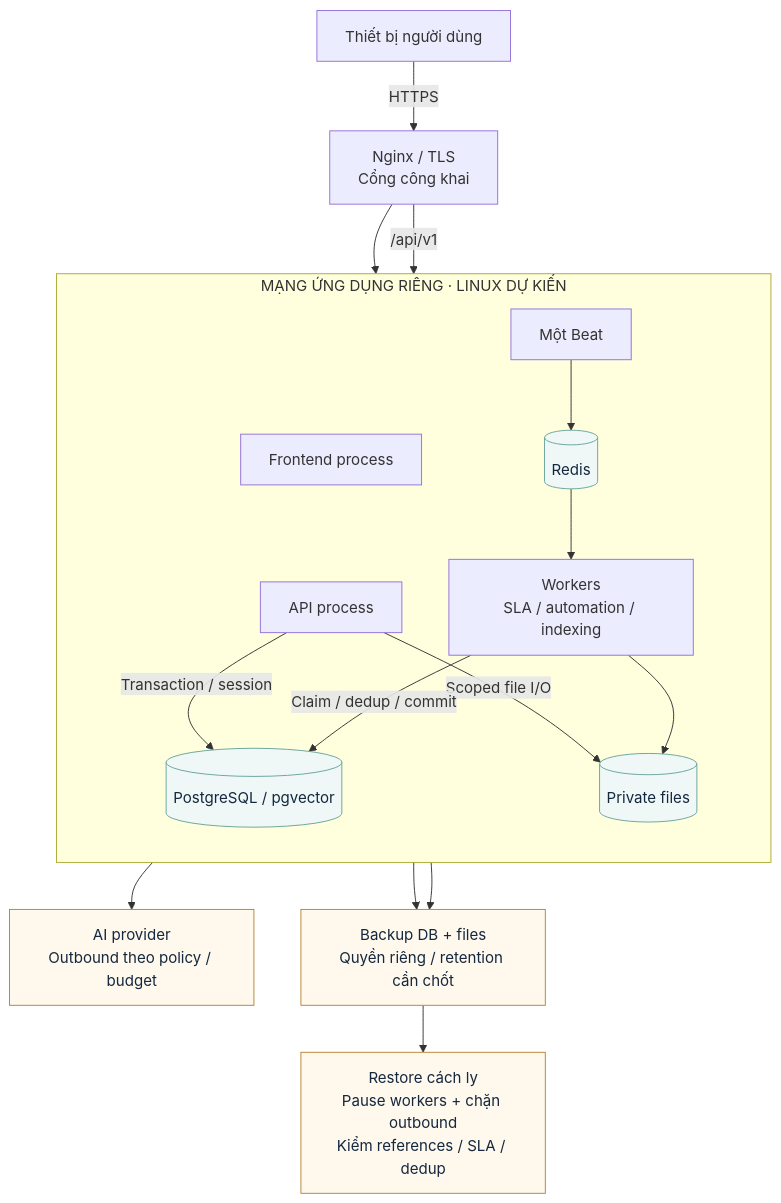
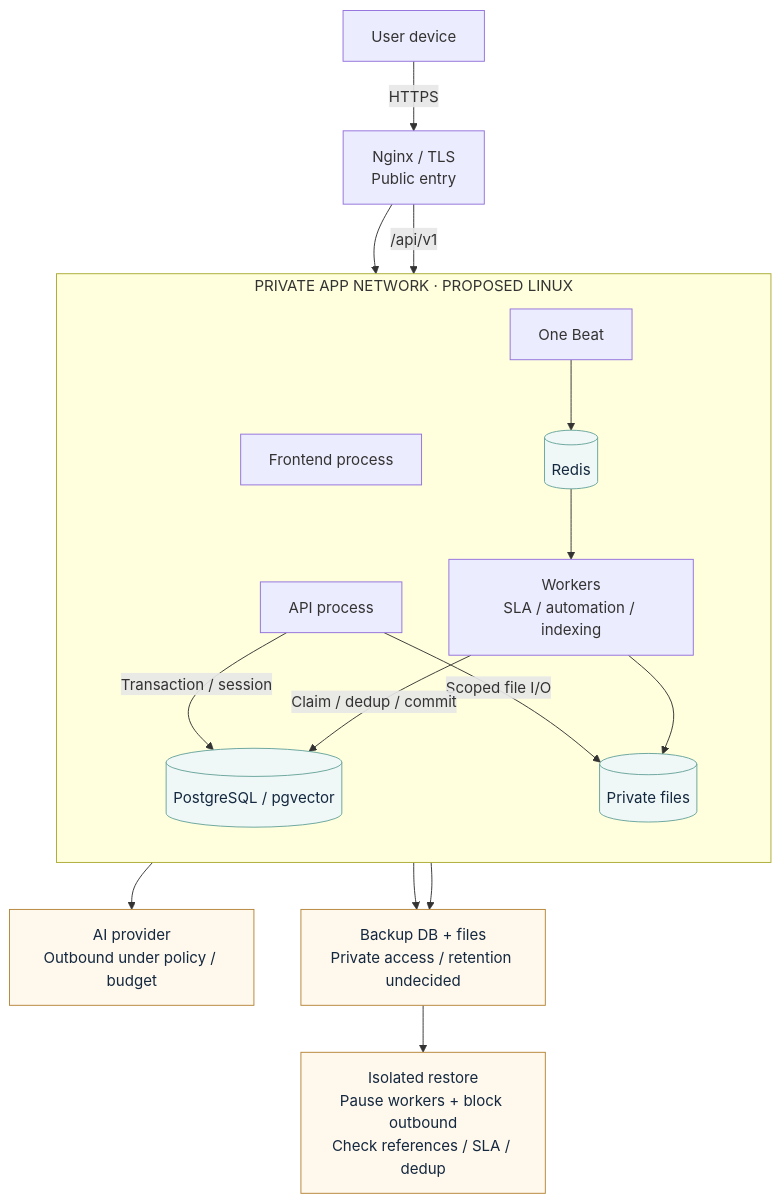
One commit to congminh1705/IT-Operation-Hub changed the fifth of 5 diagrams in docs/diagrams/architecture.md. Above: the diagram before and after it, drawn with Mermaid. The commit also changed other lines of this file and 70 other files, not shown here.

Commit message:
docs(diagrams): synchronize English SVG and native XMind designs

````diff
--- a/docs/diagrams/architecture.md
+++ b/docs/diagrams/architecture.md
@@ -192,36 +192,36 @@
 ```mermaid
 flowchart TB
-    USER["Thiết bị người dùng"]
-    EDGE["Nginx / TLS<br/>Cổng công khai"]
-    subgraph APP["MẠNG ỨNG DỤNG RIÊNG · LINUX DỰ KIẾN"]
+    USER["User device"]
+    EDGE["Nginx / TLS<br/>Public entry"]
+    subgraph APP["PRIVATE APP NETWORK · PROPOSED LINUX"]
         direction TB
         FE["Frontend process"]
         API["API process"]
         W["Workers<br/>SLA / automation / indexing"]
-        BEAT["Một Beat"]
+        BEAT["One Beat"]
         RED[("Redis")]
         PG[("PostgreSQL / pgvector")]
         STORE[("Private files")]
         FE ~~~ API
         API -->|"Transaction / session"| PG
         API -->|"Scoped file I/O"| STORE
         BEAT --> RED
         RED --> W
         W -->|"Claim / dedup / commit"| PG
         W --> STORE
     end
-    PROVIDER["AI provider<br/>Outbound theo policy / budget"]
-    BACKUP["Backup DB + files<br/>Quyền riêng / retention cần chốt"]
-    RESTORE["Restore cách ly<br/>Pause workers + chặn outbound<br/>Kiểm references / SLA / dedup"]
+    PROVIDER["AI provider<br/>Outbound under policy / budget"]
+    BACKUP["Backup DB + files<br/>Private access / retention undecided"]
+    RESTORE["Isolated restore<br/>Pause workers + block outbound<br/>Check references / SLA / dedup"]
     USER -->|"HTTPS"| EDGE
     EDGE --> FE
     EDGE -->|"/api/v1"| API
     W --> PROVIDER
     PG --> BACKUP
     STORE --> BACKUP
     BACKUP --> RESTORE
     classDef dat fill:#EFF8F6,stroke:#68A49B,color:#14283F
     class PG,RED,STORE dat
     classDef ext fill:#FFF8ED,stroke:#B58437,color:#14283F
     class PROVIDER,BACKUP,RESTORE ext
 ```
````
